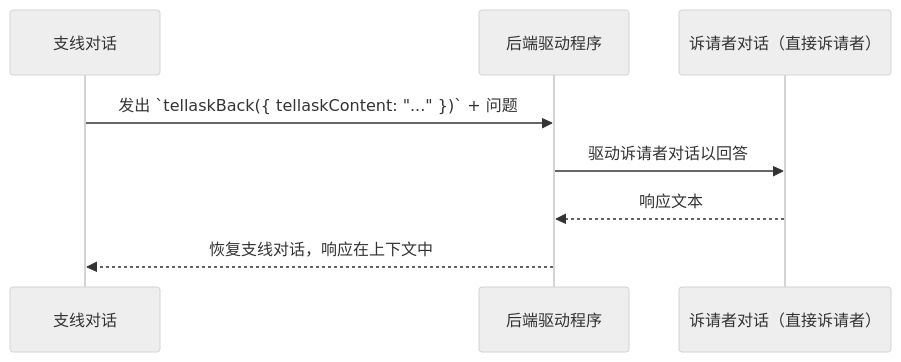
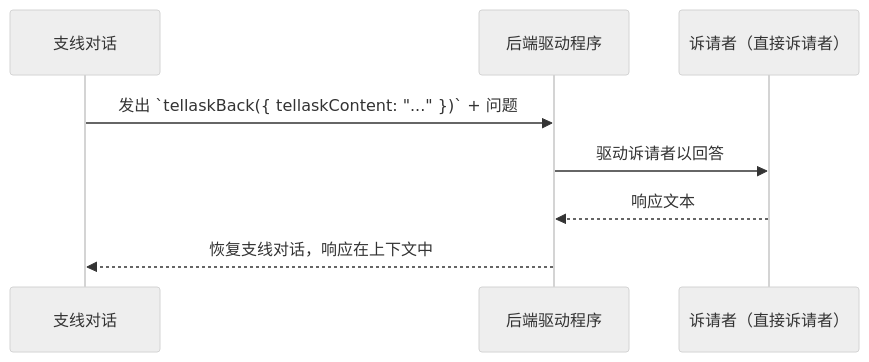
One commit to longrun-ai/dominds changed diagram 11 of 19 in docs/dialog-system.zh.md. Above: the diagram before and after it, drawn with Mermaid (neutral theme). The commit also changed other lines of this file and 105 other files, not shown here.

````diff
--- a/docs/dialog-system.zh.md
+++ b/docs/dialog-system.zh.md
@@ -1243,11 +1241,11 @@
 ```mermaid
 sequenceDiagram
   participant Side as 支线对话
   participant Driver as 后端驱动程序
-  participant Asker as 诉请者对话（直接诉请者）
+  participant Asker as 诉请者（直接诉请者）
 
   Side->>Driver: 发出 `tellaskBack({ tellaskContent: "..." })` + 问题
-  Driver->>Asker: 驱动诉请者对话以回答
+  Driver->>Asker: 驱动诉请者以回答
   Asker-->>Driver: 响应文本
   Driver-->>Side: 恢复支线对话，响应在上下文中
 ```
````
